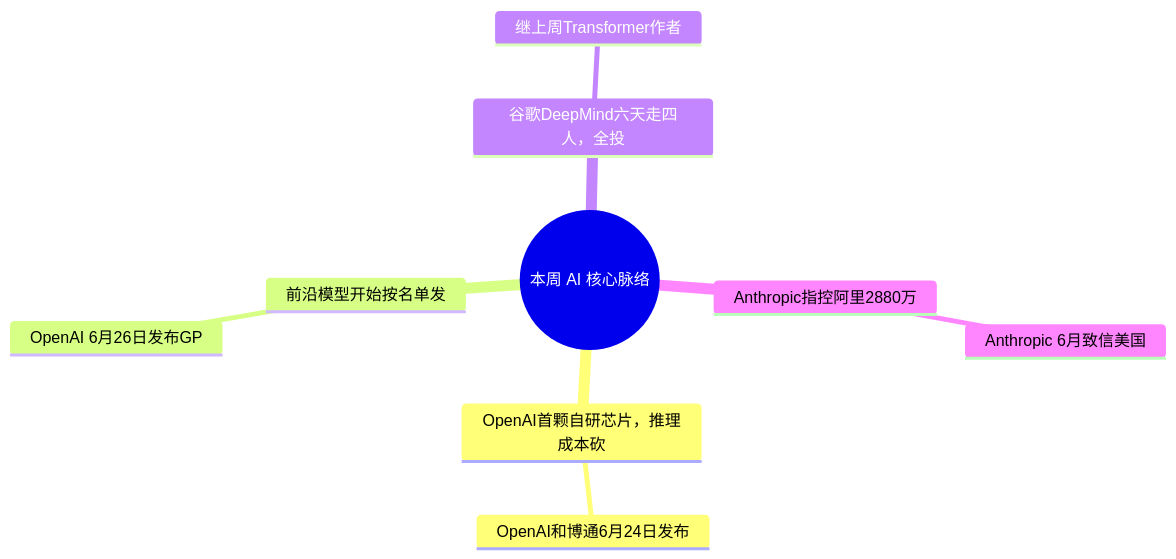
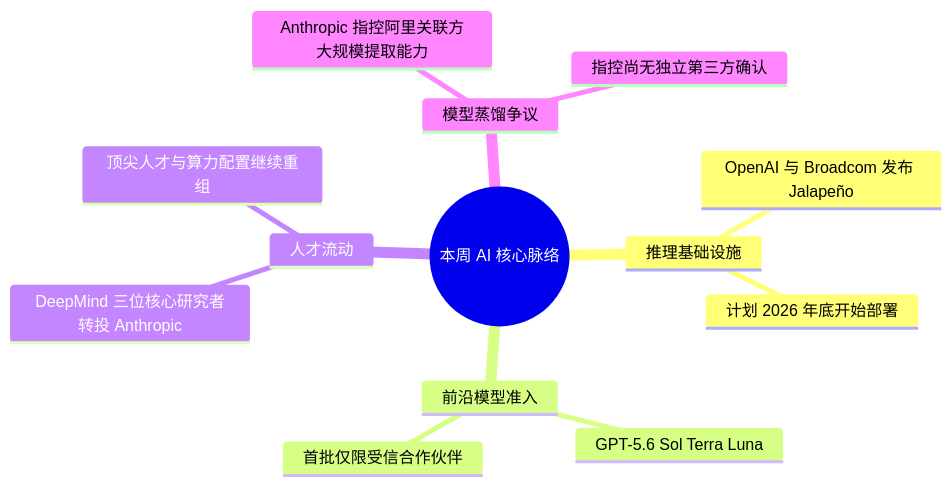
One commit to suoweikeji-liqiang/asteroid-ai-observatory changed the diagram in src/content/articles/weekly/vol-27.md. Above: the diagram before and after it, drawn with Mermaid. The commit also changed other lines of this file and 3 other files, not shown here.

````diff
--- a/src/content/articles/weekly/vol-27.md
+++ b/src/content/articles/weekly/vol-27.md
@@ -22,21 +22,16 @@
 ```mermaid
 mindmap
   root((本周 AI 核心脉络))
-
-    OpenAI首颗自研芯片，推理成本砍
-
-      OpenAI和博通6月24日发布
-
-    前沿模型开始按名单发
-
-      OpenAI 6月26日发布GP
-
-    谷歌DeepMind六天走四人，全投
-
-      继上周Transformer作者
-
-    Anthropic指控阿里2880万
-
-      Anthropic 6月致信美国
-
+    推理基础设施
+      OpenAI 与 Broadcom 发布 Jalapeño
+      计划 2026 年底开始部署
+    前沿模型准入
+      GPT-5.6 Sol Terra Luna
+      首批仅限受信合作伙伴
+    人才流动
+      DeepMind 三位核心研究者转投 Anthropic
+      顶尖人才与算力配置继续重组
+    模型蒸馏争议
+      Anthropic 指控阿里关联方大规模提取能力
+      指控尚无独立第三方确认
 ```
````
